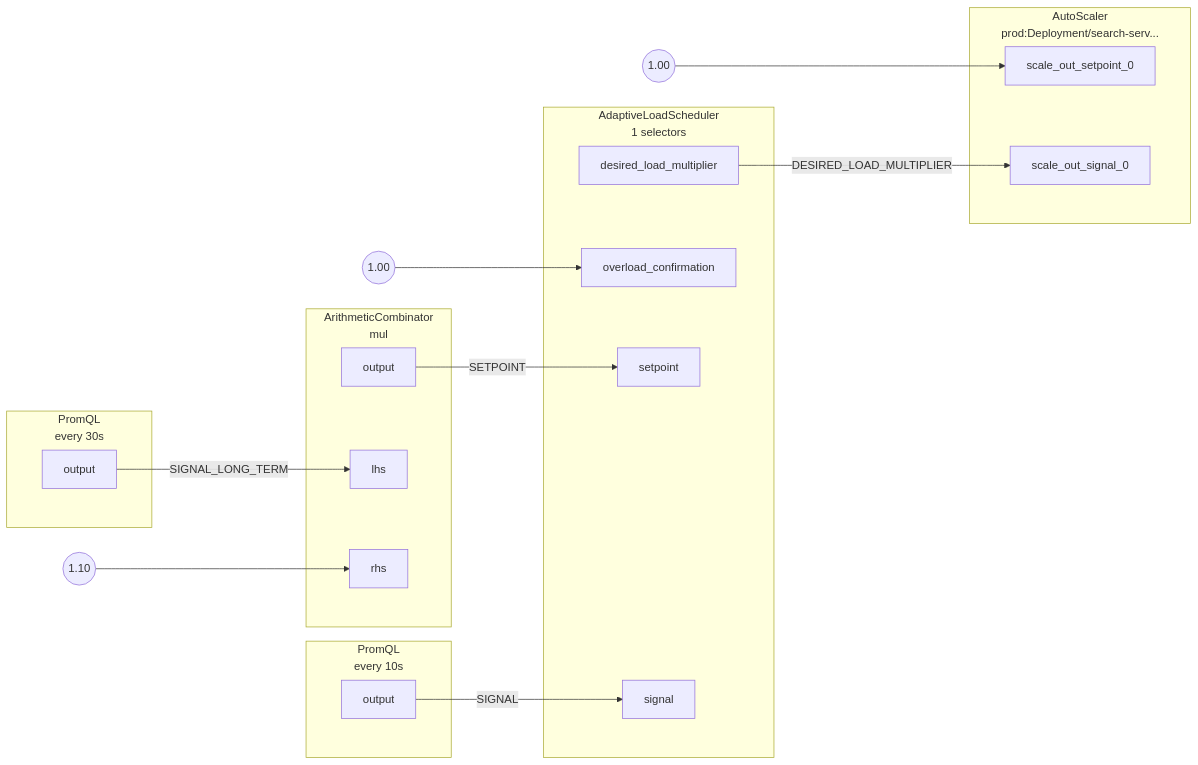
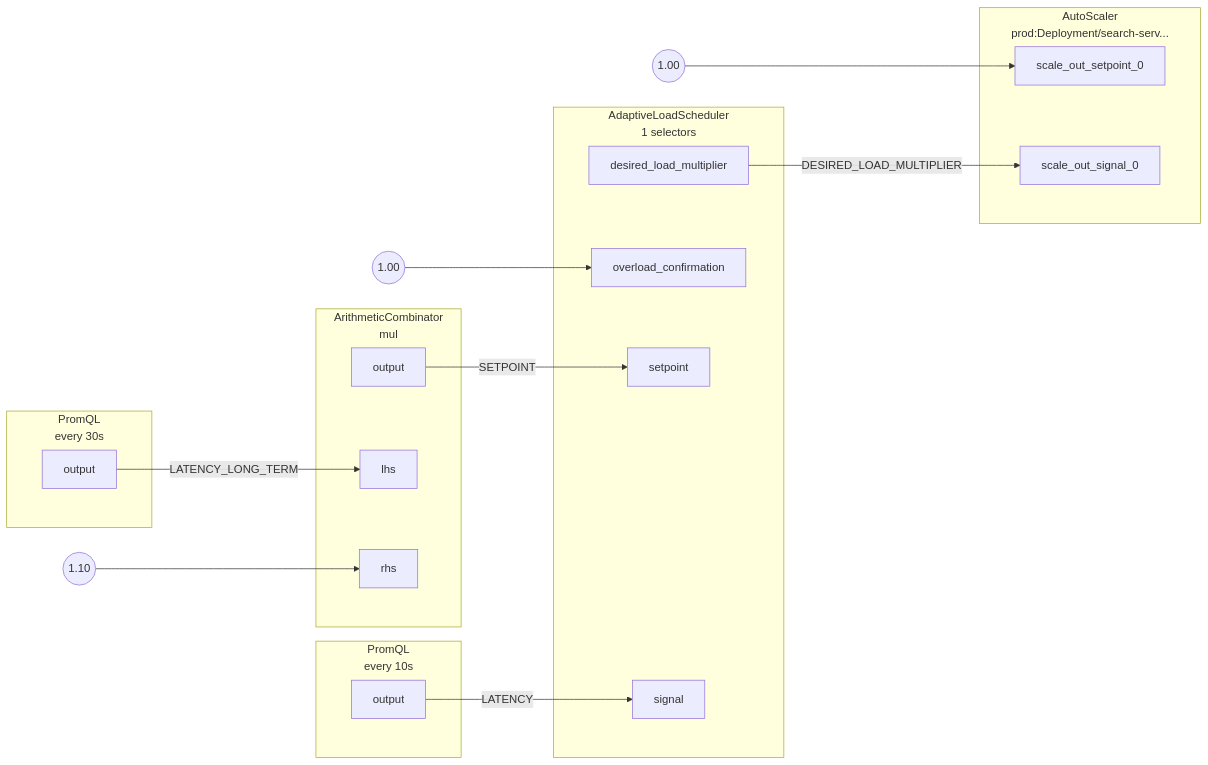
The diagram in docs/content/use-cases/auto-scaling/assets/load-based-auto-scaling/graph.mmd (fluxninja/aperture), drawn with Mermaid before and after one commit. The commit also changed 26 other files, not shown here.

```diff
--- a/docs/content/use-cases/auto-scaling/assets/load-based-auto-scaling/graph.mmd
+++ b/docs/content/use-cases/auto-scaling/assets/load-based-auto-scaling/graph.mmd
@@ -1,53 +1,53 @@
 flowchart LR
 subgraph root.0[<center>AdaptiveLoadScheduler<br/>1 selectors</center>]
 subgraph root.0_inports[ ]
 style root.0_inports fill:none,stroke:none
 root.0overload_confirmation[overload_confirmation]
 root.0setpoint[setpoint]
 root.0signal[signal]
 end
 subgraph root.0_outports[ ]
 style root.0_outports fill:none,stroke:none
 root.0desired_load_multiplier[desired_load_multiplier]
 end
 end
 root.0_overload_confirmation_FakeConstantout((1.00))
 subgraph root.1[<center>AutoScaler<br/>prod:Deployment/search-serv...</center>]
 subgraph root.1_inports[ ]
 style root.1_inports fill:none,stroke:none
 root.1scale_out_setpoint_0[scale_out_setpoint_0]
 root.1scale_out_signal_0[scale_out_signal_0]
 end
 end
 root.1_scale_out_setpoint_0_FakeConstantout((1.00))
 subgraph root.2[<center>PromQL<br/>every 10s</center>]
 subgraph root.2_outports[ ]
 style root.2_outports fill:none,stroke:none
 root.2output[output]
 end
 end
 subgraph root.3[<center>PromQL<br/>every 30s</center>]
 subgraph root.3_outports[ ]
 style root.3_outports fill:none,stroke:none
 root.3output[output]
 end
 end
 subgraph root.4[<center>ArithmeticCombinator<br/>mul</center>]
 subgraph root.4_inports[ ]
 style root.4_inports fill:none,stroke:none
 root.4lhs[lhs]
 root.4rhs[rhs]
 end
 subgraph root.4_outports[ ]
 style root.4_outports fill:none,stroke:none
 root.4output[output]
 end
 end
 root.4_rhs_FakeConstantout((1.10))
 root.0desired_load_multiplier --> |DESIRED_LOAD_MULTIPLIER| root.1scale_out_signal_0
 root.0_overload_confirmation_FakeConstantout --> root.0overload_confirmation
 root.1_scale_out_setpoint_0_FakeConstantout --> root.1scale_out_setpoint_0
-root.2output --> |SIGNAL| root.0signal
-root.3output --> |SIGNAL_LONG_TERM| root.4lhs
+root.2output --> |LATENCY| root.0signal
+root.3output --> |LATENCY_LONG_TERM| root.4lhs
 root.4output --> |SETPOINT| root.0setpoint
 root.4_rhs_FakeConstantout --> root.4rhs
```
